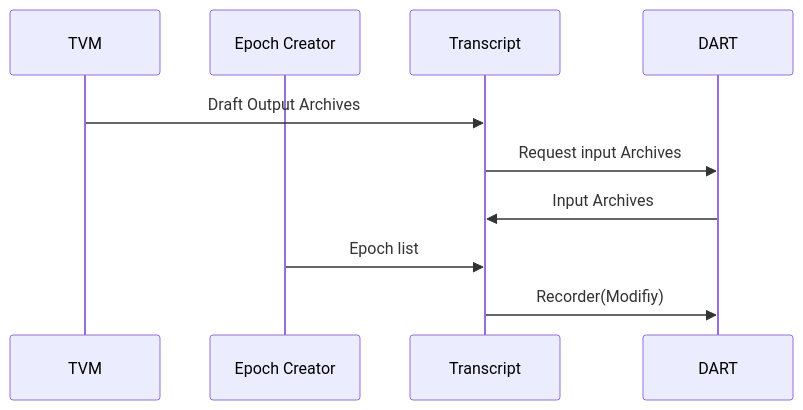
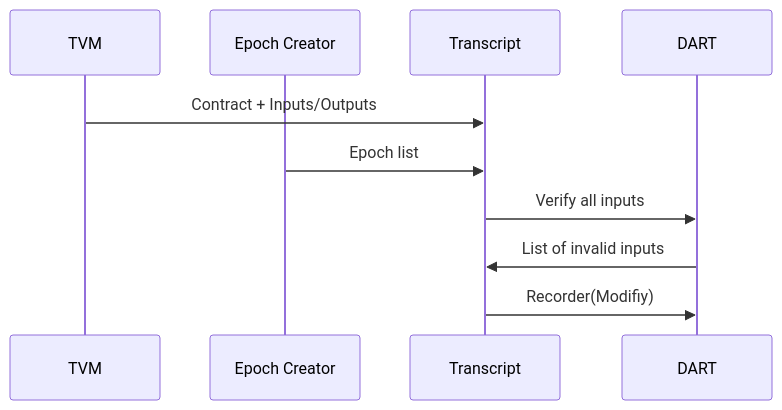
The diagram in documents/architecture/Transcript.md (tagion/tagion), drawn with Mermaid before and after one commit. The commit also changed other lines of this file and 1 other file, not shown here.

Commit message:
BDD: TVM Transcript

````diff
--- a/documents/architecture/Transcript.md
+++ b/documents/architecture/Transcript.md
@@ -17,12 +33,12 @@
 ```mermaid
 sequenceDiagram
     participant TVM 
     participant Epoch Creator 
     participant Transcript
     participant DART 
-    TVM ->> Transcript: Draft Output Archives
-    Transcript ->> DART: Request input Archives
-    DART ->> Transcript : Input Archives
+    TVM ->> Transcript: Contract + Inputs/Outputs
     Epoch Creator ->> Transcript: Epoch list  
+    Transcript ->> DART:  Verify all inputs 
+    DART ->> Transcript : List of invalid inputs 
     Transcript ->> DART: Recorder(Modifiy)
 ```
````
